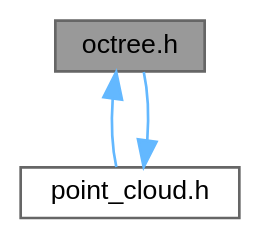
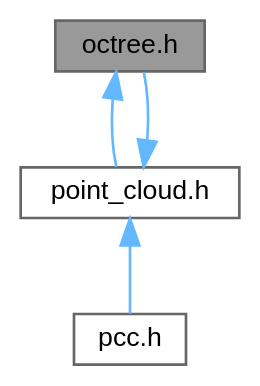
Before and after one commit to filrg/pcc: the diagram in octree_8h__dep__incl.dot, drawn with Graphviz. The commit also changed 13 other files, not shown here.

```diff
--- a/octree_8h__dep__incl.dot
+++ b/octree_8h__dep__incl.dot
@@ -1,11 +1,13 @@
 digraph "octree.h"
 {
  // LATEX_PDF_SIZE
   bgcolor="transparent";
   edge [fontname=Helvetica,fontsize=10,labelfontname=Helvetica,labelfontsize=10];
   node [fontname=Helvetica,fontsize=10,shape=box,height=0.2,width=0.4];
   Node1 [id="Node000001",label="octree.h",height=0.2,width=0.4,color="gray40", fillcolor="grey60", style="filled", fontcolor="black",tooltip=" "];
   Node1 -> Node2 [id="edge1_Node000001_Node000002",dir="back",color="steelblue1",style="solid",tooltip=" "];
   Node2 [id="Node000002",label="point_cloud.h",height=0.2,width=0.4,color="grey40", fillcolor="white", style="filled",URL="$point__cloud_8h.html",tooltip=" "];
   Node2 -> Node1 [id="edge2_Node000002_Node000001",dir="back",color="steelblue1",style="solid",tooltip=" "];
+  Node2 -> Node3 [id="edge3_Node000002_Node000003",dir="back",color="steelblue1",style="solid",tooltip=" "];
+  Node3 [id="Node000003",label="pcc.h",height=0.2,width=0.4,color="grey40", fillcolor="white", style="filled",URL="$pcc_8h.html",tooltip=" "];
 }
```
